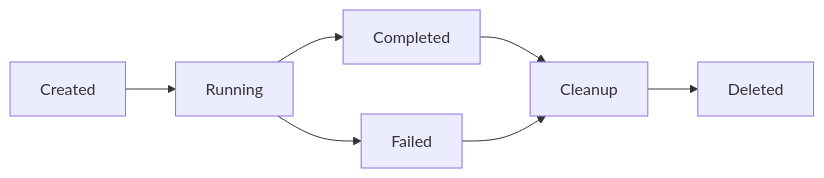
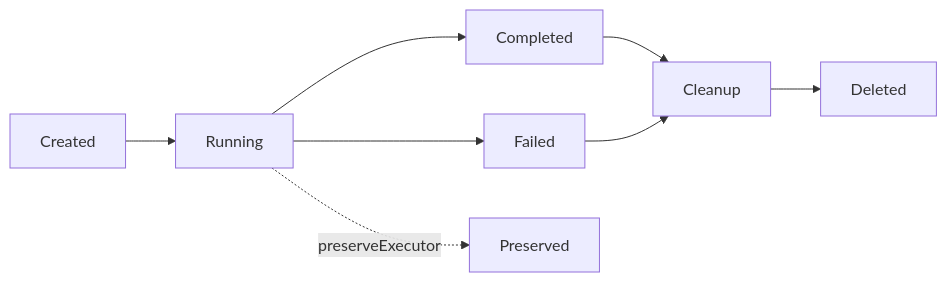
Before and after one commit to wecode-ai/Wegent: the second of 3 diagrams in docs/en/developer-guide/architecture.md, drawn with Mermaid. The commit also changed other lines of this file and 3 other files, not shown here.

First line of the commit message:
docs: update architecture documentation with latest features

````diff
--- a/docs/en/developer-guide/architecture.md
+++ b/docs/en/developer-guide/architecture.md
@@ -226,9 +373,10 @@
 ```mermaid
 graph LR
     Created["Created"] --> Running["Running"]
     Running --> Completed["Completed"]
     Running --> Failed["Failed"]
     Completed --> Cleanup["Cleanup"]
     Failed --> Cleanup
     Cleanup --> Deleted["Deleted"]
+    Running -.-> |preserveExecutor| Preserved["Preserved"]
 ```
````
